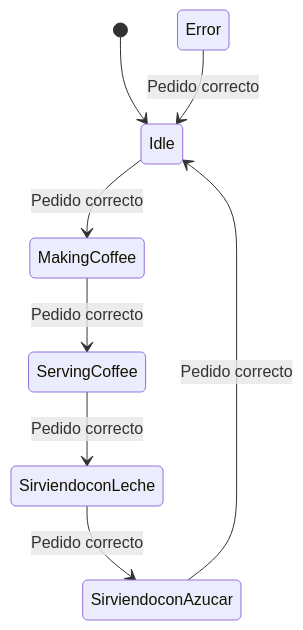
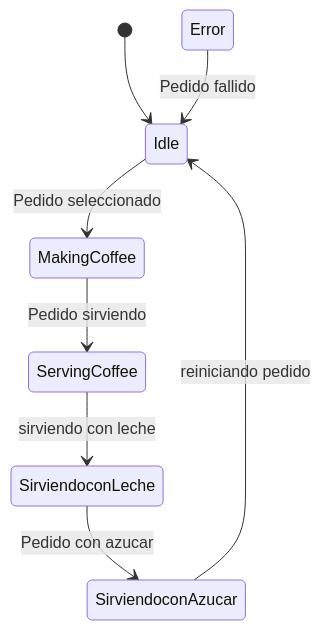
Before and after one commit to Dimitri2004/MaquinaDeCafe_Definitiva: the diagram in Readme.md, drawn with Mermaid.

Commit message:
Readme Refractor 0.2

````diff
--- a/Readme.md
+++ b/Readme.md
@@ -1,12 +1,12 @@
 ```mermaid
 
 stateDiagram-v2
     [*] --> Idle
-    Idle --> MakingCoffee: Pedido correcto
-    MakingCoffee --> ServingCoffee: Pedido correcto
-    ServingCoffee --> SirviendoconLeche: Pedido correcto
-    SirviendoconLeche --> SirviendoconAzucar: Pedido correcto
-    SirviendoconAzucar --> Idle: Pedido correcto
-    Error --> Idle: Pedido correcto
+    Idle --> MakingCoffee: Pedido seleccionado
+    MakingCoffee --> ServingCoffee: Pedido sirviendo
+    ServingCoffee --> SirviendoconLeche: sirviendo con leche
+    SirviendoconLeche --> SirviendoconAzucar: Pedido con azucar
+    SirviendoconAzucar --> Idle: reiniciando pedido
+    Error --> Idle: Pedido fallido
 
 ```
````
